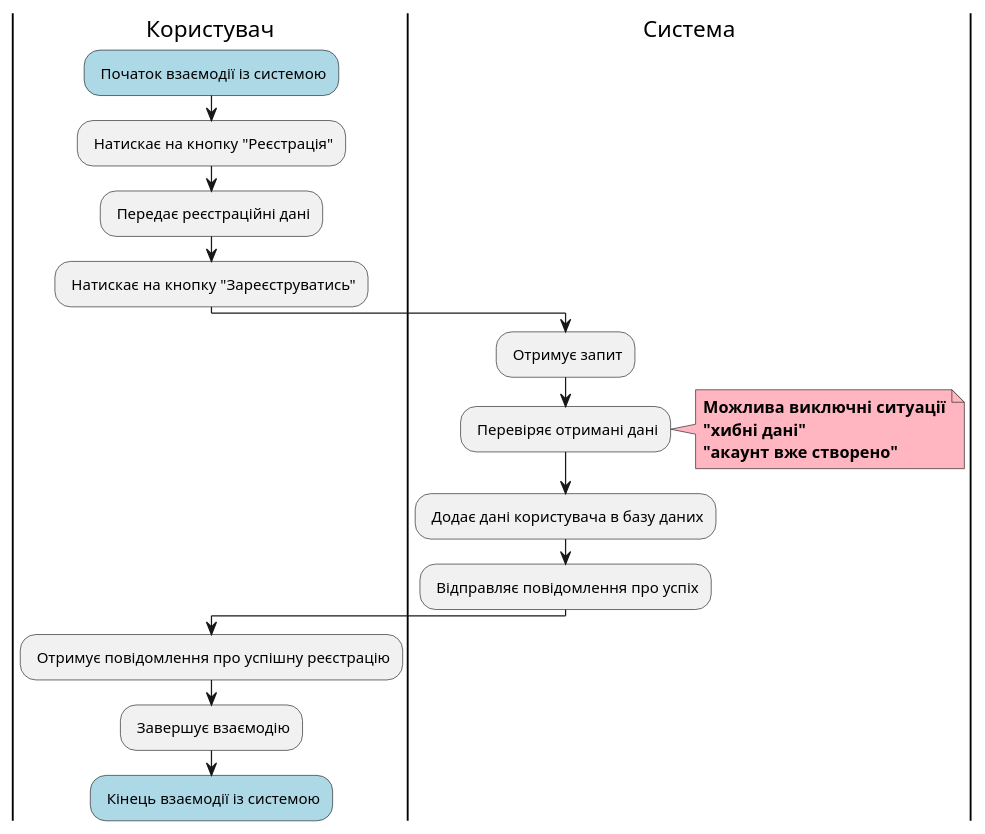
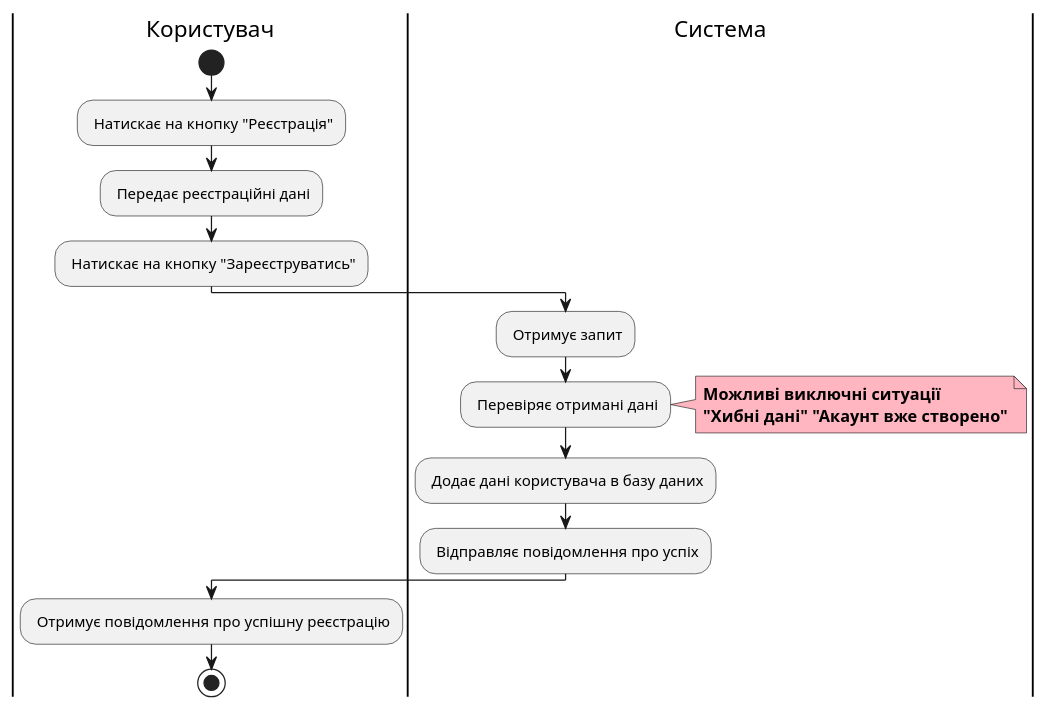
Before and after one commit to kujo205/db_labs: the fifth of 12 diagrams in docs/use cases/README.md, drawn with PlantUML. The commit also changed other lines of this file, not shown here.

```diff
--- a/docs/use cases/README.md
+++ b/docs/use cases/README.md
@@ -163,25 +163,23 @@
 @startuml
 
   |Користувач|
-  #lightblue : Початок взаємодії із системою; 
+  start
   : Натискає на кнопку "Реєстрація";
   : Передає реєстраційні дані;
   : Натискає на кнопку "Зареєструватись";
 
   |Система|
   : Отримує запит;
   : Перевіряє отримані дані;
     note right #lightpink
-      <b>Можлива виключні ситуації</b>
-      <b>"хибні дані"</b>
-      <b>"акаунт вже створено"</b>
+      <b>Можливі виключні ситуації</b>
+      <b>"Хибні дані" "Акаунт вже створено"</b>
     end note
   : Додає дані користувача в базу даних;
   : Відправляє повідомлення про успіх;
 
   |Користувач|
   : Отримує повідомлення про успішну реєстрацію;
-  : Завершує взаємодію;
-  #lightblue : Кінець взаємодії із системою;
+  stop
 
 @enduml
```
